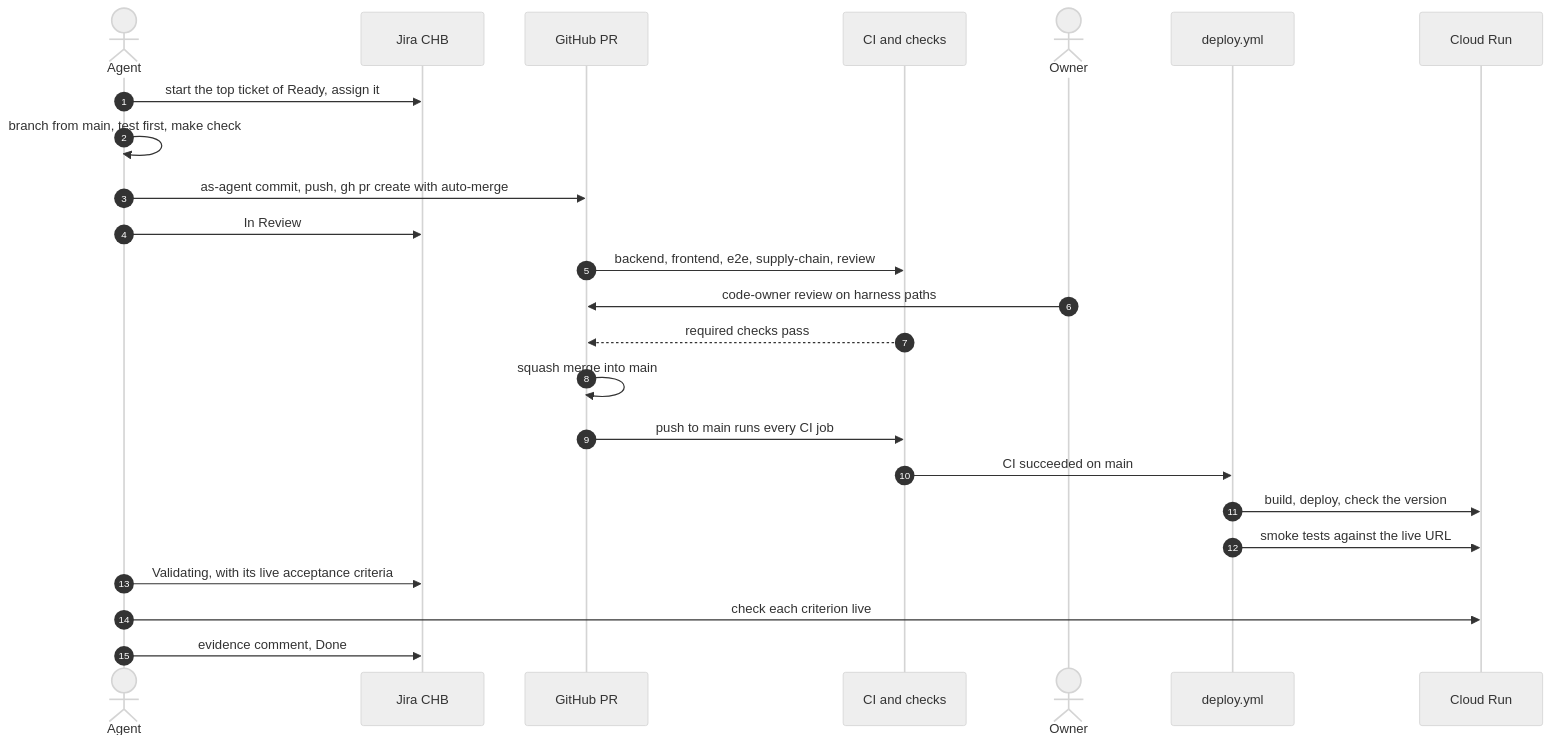
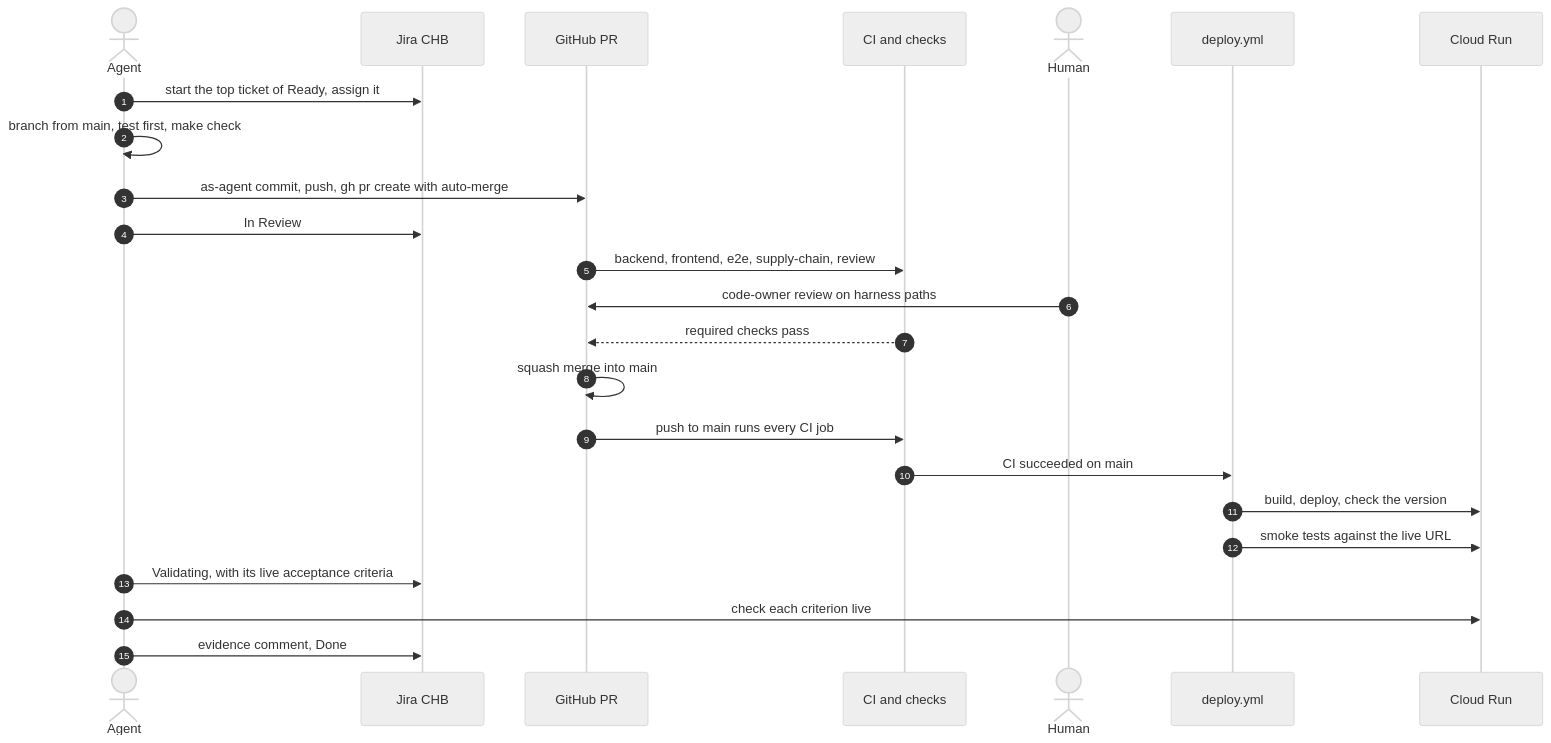
Before and after one commit to islomar/corporate-hotel-booking-software-factory: the second of 2 diagrams in CONTRIBUTING.md, drawn with Mermaid (neutral theme). The commit also changed other lines of this file and 68 other files, not shown here.

````diff
--- a/CONTRIBUTING.md
+++ b/CONTRIBUTING.md
@@ -89,27 +89,27 @@
 ```mermaid
 sequenceDiagram
     autonumber
     actor agent as Agent
     participant jira as Jira CHB
     participant pr as GitHub PR
     participant ci as CI and checks
-    actor owner as Owner
+    actor human as Human
     participant deploy as deploy.yml
     participant run as Cloud Run
 
     agent->>jira: start the top ticket of Ready, assign it
     agent->>agent: branch from main, test first, make check
     agent->>pr: as-agent commit, push, gh pr create with auto-merge
     agent->>jira: In Review
     pr->>ci: backend, frontend, e2e, supply-chain, review
-    owner->>pr: code-owner review on harness paths
+    human->>pr: code-owner review on harness paths
     ci-->>pr: required checks pass
     pr->>pr: squash merge into main
     pr->>ci: push to main runs every CI job
     ci->>deploy: CI succeeded on main
     deploy->>run: build, deploy, check the version
     deploy->>run: smoke tests against the live URL
     agent->>jira: Validating, with its live acceptance criteria
     agent->>run: check each criterion live
     agent->>jira: evidence comment, Done
 ```
````
